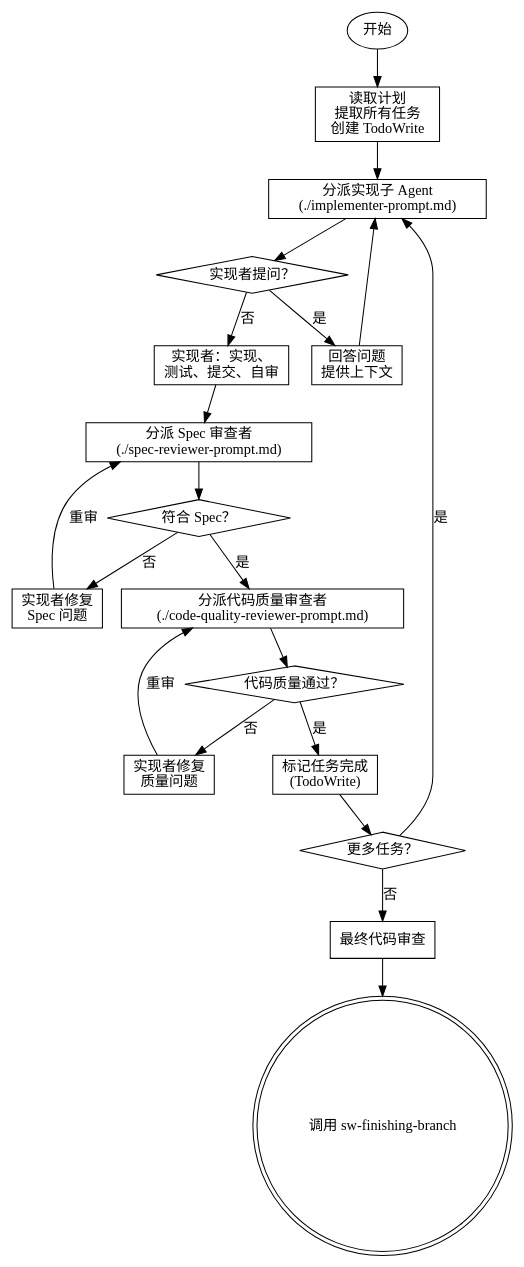
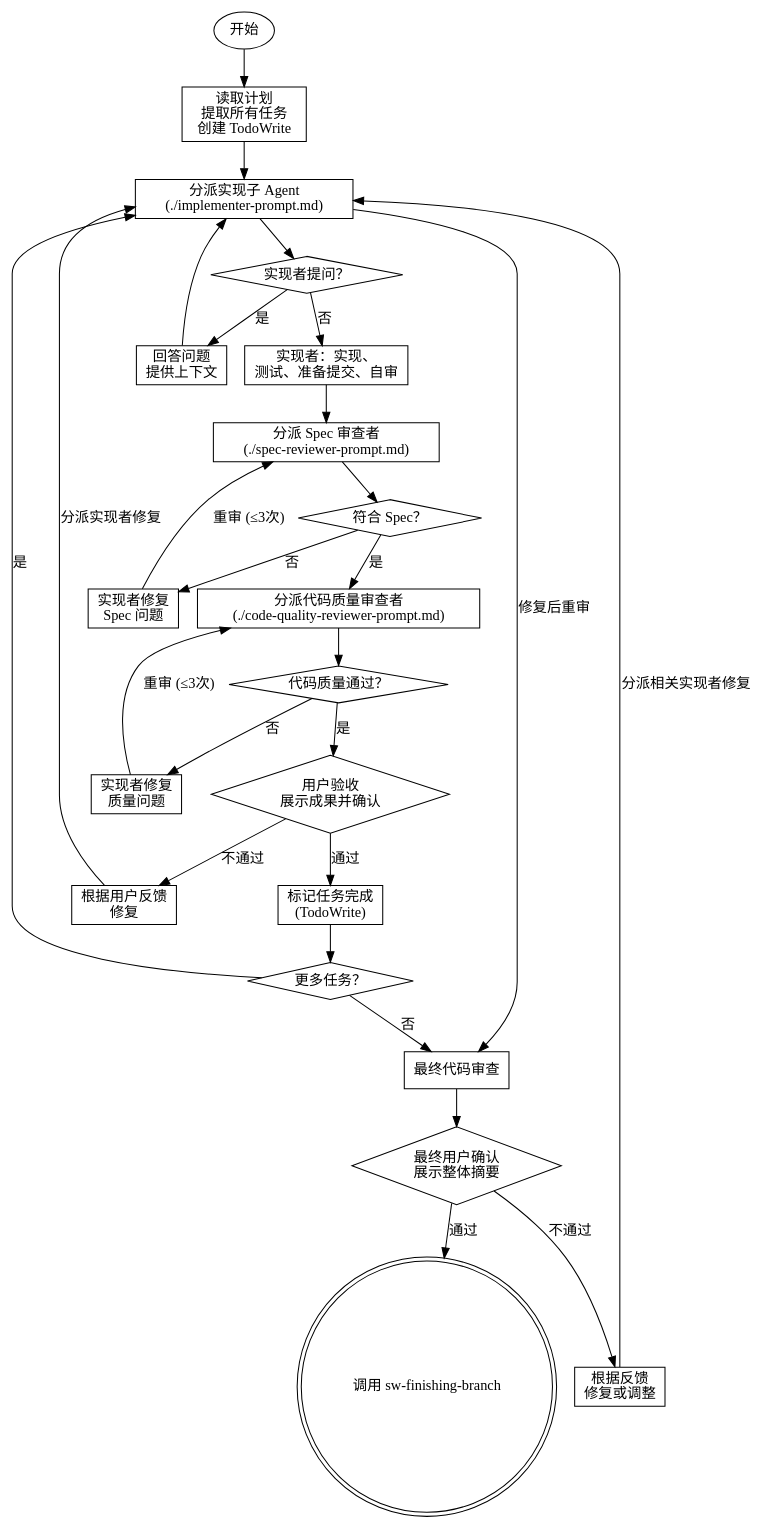
The second of 2 diagrams in sw-subagent-development/SKILL.md (vaycentsun/sw-superpower), drawn with Graphviz before and after one commit. The commit also changed other lines of this file and 4 other files, not shown here.

Commit message:
refactor: overhaul sw-subagent-development with user gates, review limits, and AGENTS.md compliance

````diff
--- a/sw-subagent-development/SKILL.md
+++ b/sw-subagent-development/SKILL.md
@@ -38,42 +38,53 @@
 ```dot
 digraph process {
   rankdir=TB;
   
   start [label="开始", shape=ellipse];
   read_plan [label="读取计划\n提取所有任务\n创建 TodoWrite", shape=box];
   dispatch_impl [label="分派实现子 Agent\n(./implementer-prompt.md)", shape=box];
   impl_asks [label="实现者提问？", shape=diamond];
   answer [label="回答问题\n提供上下文", shape=box];
-  impl_work [label="实现者：实现、\n测试、提交、自审", shape=box];
+  impl_work [label="实现者：实现、\n测试、准备提交、自审", shape=box];
   dispatch_spec [label="分派 Spec 审查者\n(./spec-reviewer-prompt.md)", shape=box];
   spec_ok [label="符合 Spec？", shape=diamond];
   fix_spec [label="实现者修复\nSpec 问题", shape=box];
   dispatch_code [label="分派代码质量审查者\n(./code-quality-reviewer-prompt.md)", shape=box];
   code_ok [label="代码质量通过？", shape=diamond];
   fix_code [label="实现者修复\n质量问题", shape=box];
+  user_accept [label="用户验收\n展示成果并确认", shape=diamond];
+  fix_user [label="根据用户反馈\n修复", shape=box];
   mark_done [label="标记任务完成\n(TodoWrite)", shape=box];
   more_tasks [label="更多任务？", shape=diamond];
   final_review [label="最终代码审查", shape=box];
+  user_final [label="最终用户确认\n展示整体摘要", shape=diamond];
+  fix_final [label="根据反馈\n修复或调整", shape=box];
   finish [label="调用 sw-finishing-branch", shape=doublecircle];
   
   start -> read_plan;
   read_plan -> dispatch_impl;
   dispatch_impl -> impl_asks;
   impl_asks -> answer [label="是"];
   answer -> dispatch_impl;
   impl_asks -> impl_work [label="否"];
   impl_work -> dispatch_spec;
   dispatch_spec -> spec_ok;
   spec_ok -> fix_spec [label="否"];
-  fix_spec -> dispatch_spec [label="重审"];
+  fix_spec -> dispatch_spec [label="重审 (≤3次)"];
   spec_ok -> dispatch_code [label="是"];
   dispatch_code -> code_ok;
   code_ok -> fix_code [label="否"];
-  fix_code -> dispatch_code [label="重审"];
-  code_ok -> mark_done [label="是"];
+  fix_code -> dispatch_code [label="重审 (≤3次)"];
+  code_ok -> user_accept [label="是"];
+  user_accept -> fix_user [label="不通过"];
+  fix_user -> dispatch_impl [label="分派实现者修复"];
+  user_accept -> mark_done [label="通过"];
   mark_done -> more_tasks;
   more_tasks -> dispatch_impl [label="是"];
   more_tasks -> final_review [label="否"];
-  final_review -> finish;
+  final_review -> user_final;
+  user_final -> fix_final [label="不通过"];
+  fix_final -> dispatch_impl [label="分派相关实现者修复"];
+  dispatch_impl -> final_review [label="修复后重审"];
+  user_final -> finish [label="通过"];
 }
 ```
````
